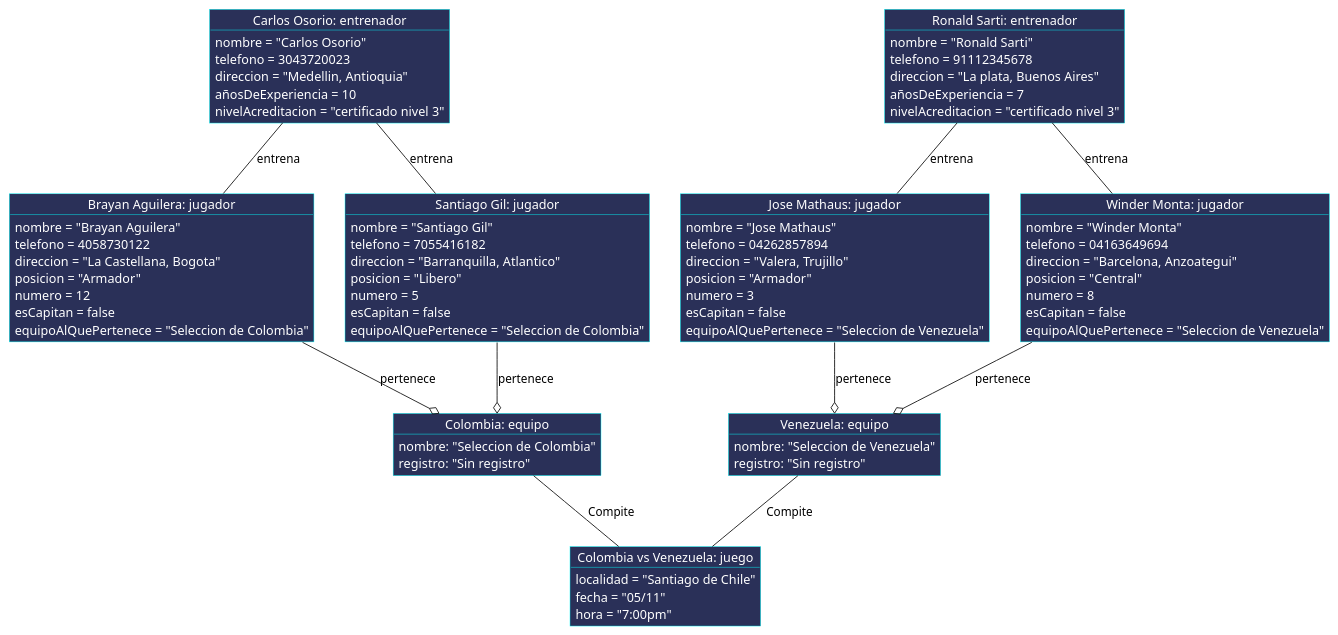
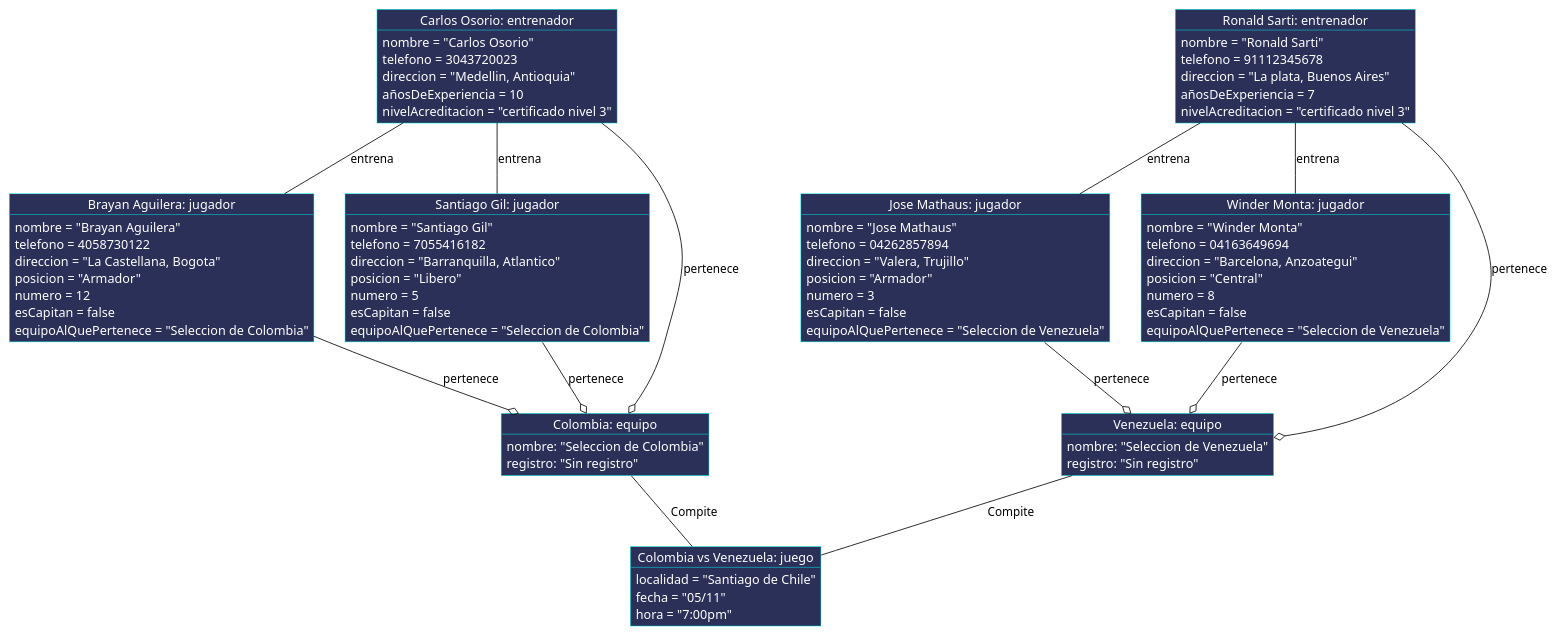
Before and after one commit to jhonnyzvla14/IS-022024: the diagram in docs/diagrams/ejercicio-F-diagramaDeObjetos.plantuml, drawn with PlantUML.

Commit message:
Cambio entrenador Diagrama de Objetos Reto-04

```diff
--- a/docs/diagrams/ejercicio-F-diagramaDeObjetos.plantuml
+++ b/docs/diagrams/ejercicio-F-diagramaDeObjetos.plantuml
@@ -1,88 +1,92 @@
 @startuml juegoVoleyball
 
 skinparam ObjectFontColor white
 skinparam ObjectBorderColor cyan
 skinparam ObjectBackgroundColor 2A3058
 
 
 object "Jose Mathaus: jugador" as JoseMathaus{
   nombre = "Jose Mathaus"
   telefono = 04262857894
   direccion = "Valera, Trujillo"
   posicion = "Armador"
   numero = 3
   esCapitan = false
   equipoAlQuePertenece = "Seleccion de Venezuela"
 }
 object "Winder Monta: jugador" as WinderMonta{
   nombre = "Winder Monta"
   telefono = 04163649694
   direccion = "Barcelona, Anzoategui"
   posicion = "Central"
   numero = 8
   esCapitan = false
   equipoAlQuePertenece = "Seleccion de Venezuela"
 }
 object "Ronald Sarti: entrenador" as RonaldSarti{
   nombre = "Ronald Sarti"
   telefono = 91112345678
   direccion = "La plata, Buenos Aires"
   añosDeExperiencia = 7
   nivelAcreditacion = "certificado nivel 3"
 }
 object "Brayan Aguilera: jugador" as BrayanAguilera {
   nombre = "Brayan Aguilera"
   telefono = 4058730122
   direccion = "La Castellana, Bogota"
   posicion = "Armador"
   numero = 12
   esCapitan = false
   equipoAlQuePertenece = "Seleccion de Colombia"
 }
 object "Santiago Gil: jugador" as SantiagoGil {
   nombre = "Santiago Gil"
   telefono = 7055416182
   direccion = "Barranquilla, Atlantico"
   posicion = "Libero"
   numero = 5
   esCapitan = false
   equipoAlQuePertenece = "Seleccion de Colombia"
 }
 object "Carlos Osorio: entrenador" as CarlosOsorio{
   nombre = "Carlos Osorio"
   telefono = 3043720023
   direccion = "Medellin, Antioquia"
   añosDeExperiencia = 10
   nivelAcreditacion = "certificado nivel 3"
 }
 object "Venezuela: equipo" as SeleccionVenezuela{
   nombre: "Seleccion de Venezuela"
   registro: "Sin registro"
 }
 object "Colombia: equipo" as SeleccionColombia{
   nombre: "Seleccion de Colombia"
   registro: "Sin registro"
 }
 object "Colombia vs Venezuela: juego" as Competicion{
   localidad = "Santiago de Chile"
   fecha = "05/11"
   hora = "7:00pm"
 }
 
 JoseMathaus --o SeleccionVenezuela: pertenece
 WinderMonta --o SeleccionVenezuela: pertenece
 
+RonaldSarti --o SeleccionVenezuela: pertenece
+
 RonaldSarti -- JoseMathaus: entrena
 RonaldSarti -- WinderMonta: entrena
 
 CarlosOsorio -- BrayanAguilera: entrena
 CarlosOsorio -- SantiagoGil: entrena
 
 BrayanAguilera --o SeleccionColombia: pertenece
 SantiagoGil --o SeleccionColombia: pertenece
 
+CarlosOsorio --o SeleccionColombia: pertenece
+
 SeleccionVenezuela --  Competicion: Compite
 SeleccionColombia --  Competicion: Compite
 
 
 @enduml
```
